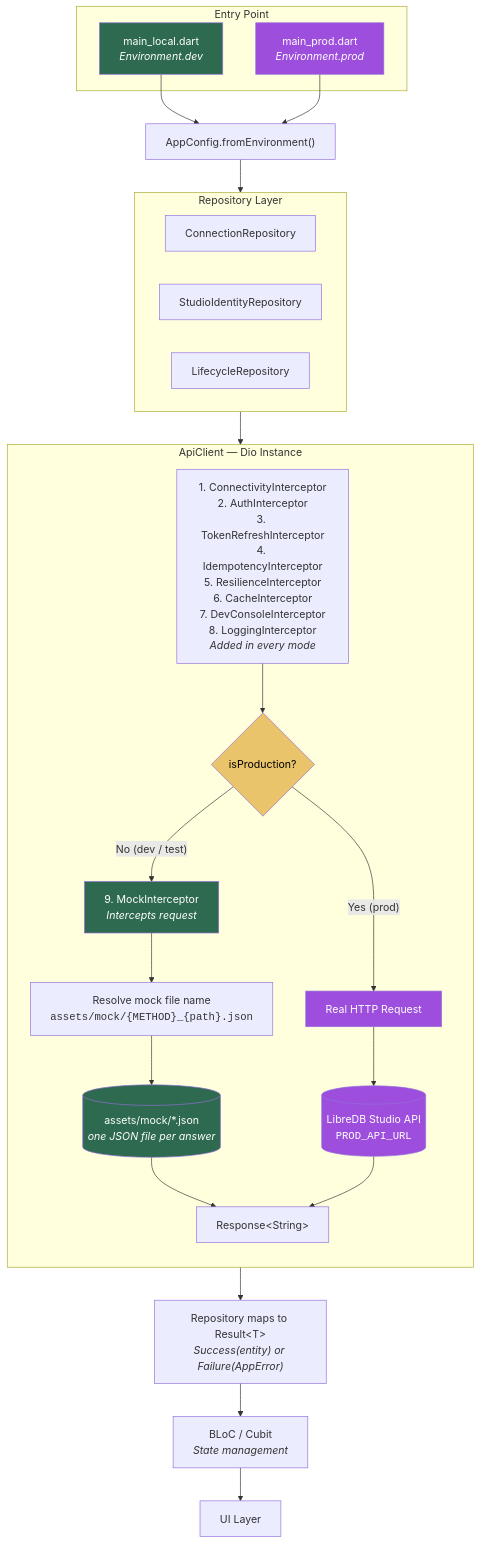
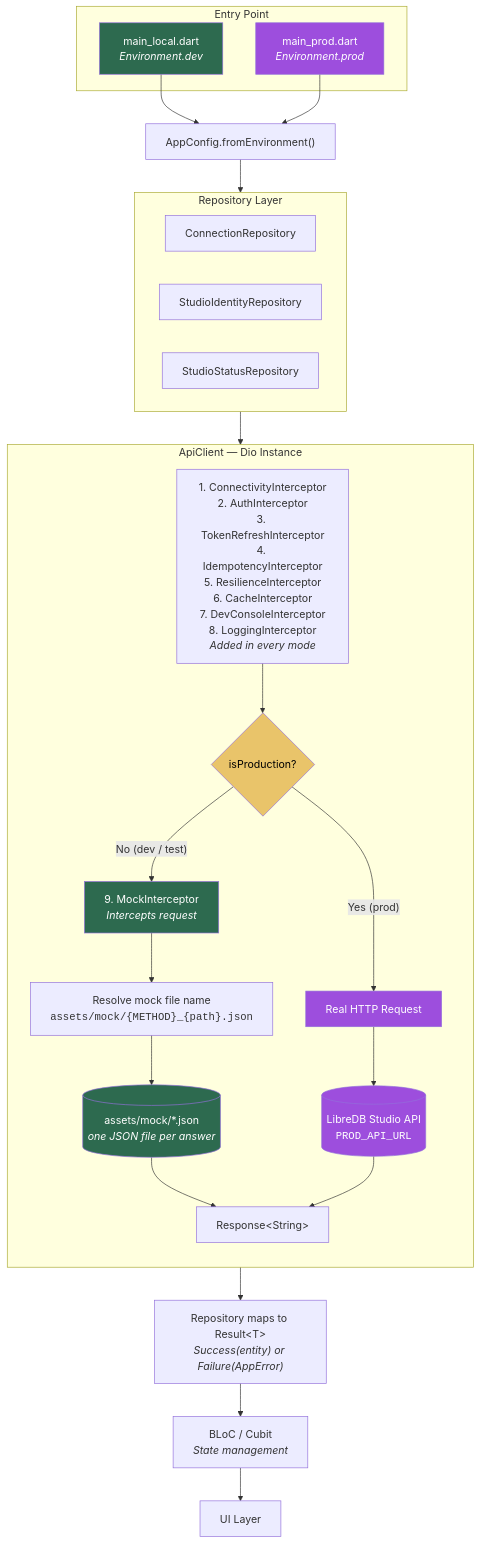
One commit to libredb/libredb-mobile changed the first of 2 diagrams in docs/mock-architecture.md. Above: the diagram before and after it, drawn with Mermaid. The commit also changed other lines of this file and 49 other files, not shown here.

````diff
--- a/docs/mock-architecture.md
+++ b/docs/mock-architecture.md
@@ -19,65 +19,65 @@
 ```mermaid
 flowchart TB
     subgraph Entry["Entry Point"]
         LOCAL["main_local.dart<br/><i>Environment.dev</i>"]
         PROD["main_prod.dart<br/><i>Environment.prod</i>"]
     end
 
     LOCAL --> ENV
     PROD --> ENV
 
     ENV["AppConfig.fromEnvironment()"]
     ENV --> REPO
 
     subgraph REPO["Repository Layer"]
         direction LR
         CR["ConnectionRepository"]
         SIR["StudioIdentityRepository"]
-        LR["LifecycleRepository"]
+        SSR["StudioStatusRepository"]
     end
 
     REPO --> API
 
     subgraph API["ApiClient — Dio Instance"]
         direction TB
         CHAIN["1. ConnectivityInterceptor<br/>2. AuthInterceptor<br/>3. TokenRefreshInterceptor<br/>4. IdempotencyInterceptor<br/>5. ResilienceInterceptor<br/>6. CacheInterceptor<br/>7. DevConsoleInterceptor<br/>8. LoggingInterceptor<br/><i>Added in every mode</i>"]
         CHAIN --> DECISION
 
         DECISION{isProduction?}
 
         DECISION -- "No (dev / test)" --> MOCK_INT
         DECISION -- "Yes (prod)" --> NETWORK
 
         MOCK_INT["9. MockInterceptor<br/><i>Intercepts request</i>"]
         MOCK_INT --> RESOLVE
 
         RESOLVE["Resolve mock file name<br/><code>assets/mock/{METHOD}_{path}.json</code>"]
         RESOLVE --> ASSET
 
         ASSET[("assets/mock/*.json<br/><i>one JSON file per answer</i>")]
         ASSET --> RESPONSE
 
         NETWORK["Real HTTP Request"]
         NETWORK --> REAL_API
 
         REAL_API[("LibreDB Studio API<br/><code>PROD_API_URL</code>")]
         REAL_API --> RESPONSE
     end
 
     RESPONSE["Response&lt;String&gt;"]
     RESPONSE --> RESULT
 
     RESULT["Repository maps to Result&lt;T&gt;<br/><i>Success(entity) or Failure(AppError)</i>"]
     RESULT --> BLOC
 
     BLOC["BLoC / Cubit<br/><i>State management</i>"]
     BLOC --> UI["UI Layer"]
 
     style LOCAL fill:#2d6a4f,color:#fff
     style PROD fill:#9d4edd,color:#fff
     style MOCK_INT fill:#2d6a4f,color:#fff
     style ASSET fill:#2d6a4f,color:#fff
     style NETWORK fill:#9d4edd,color:#fff
     style REAL_API fill:#9d4edd,color:#fff
     style DECISION fill:#e9c46a,color:#000
 ```
````
